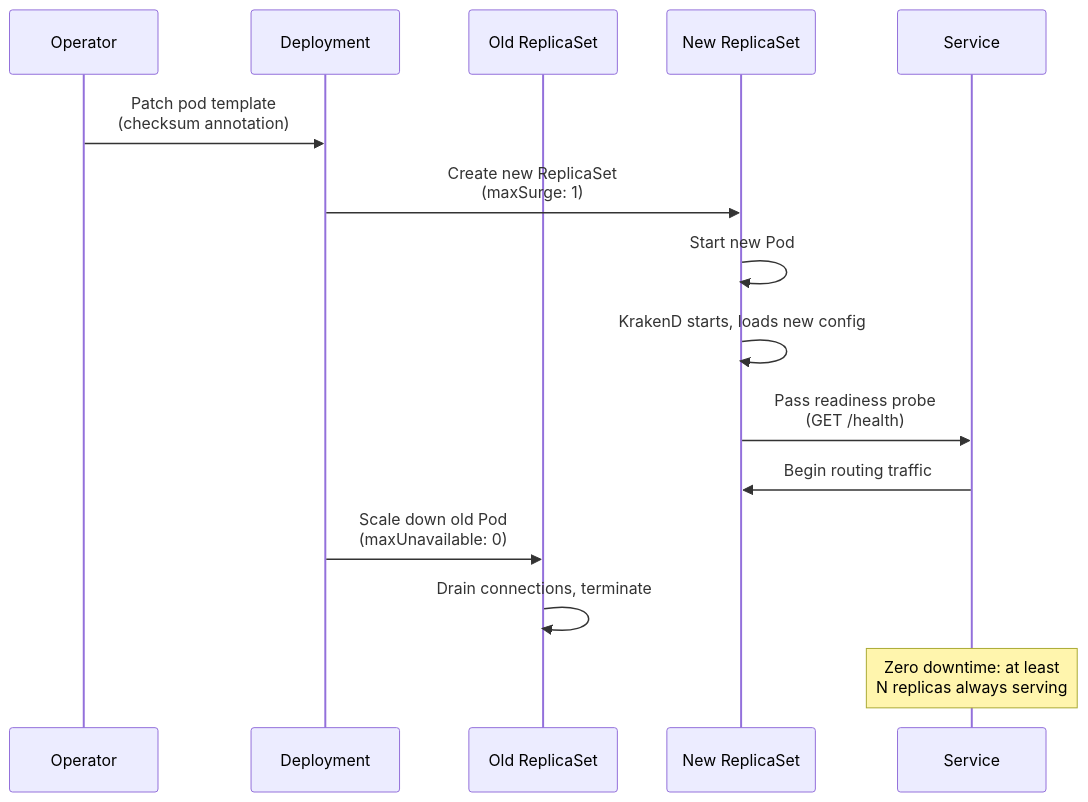
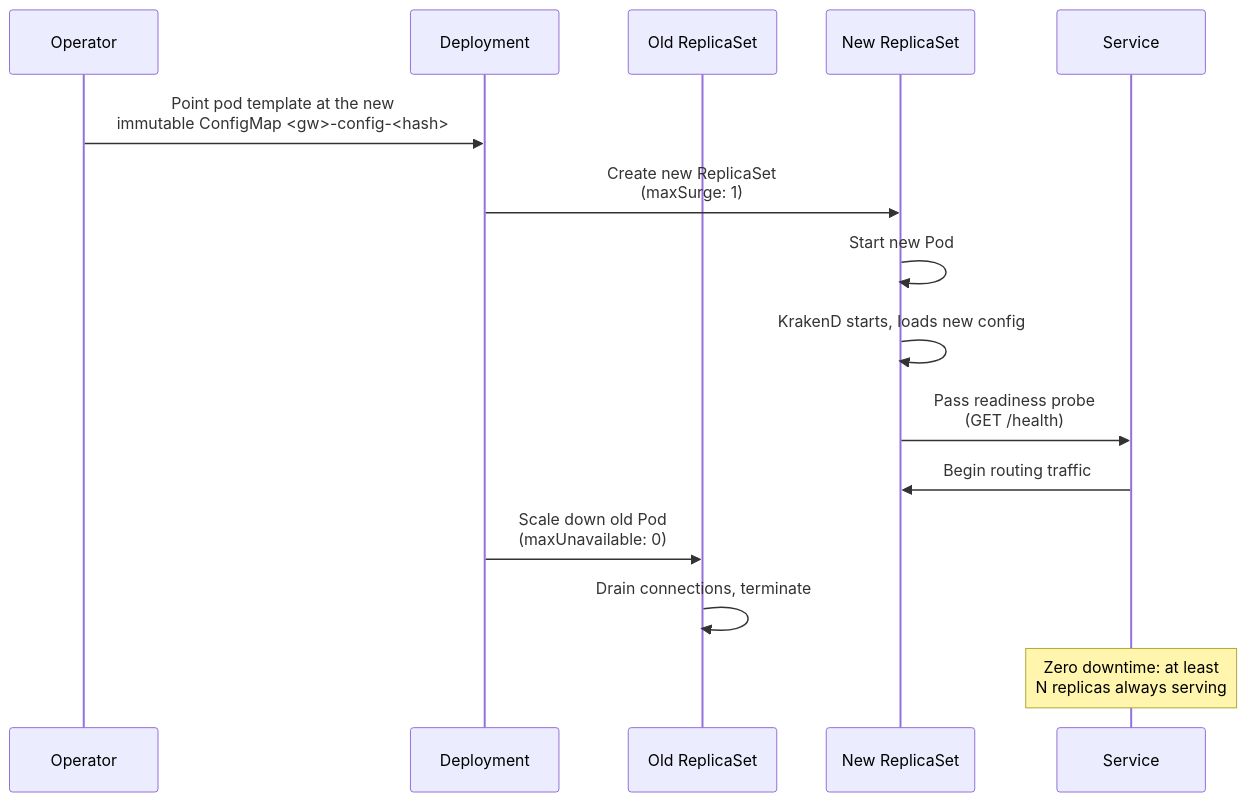
Before and after one commit to MyCarrier-DevOps/KrakenD-Operator: diagram 11 of 13 in architecture/README.md, drawn with Mermaid. The commit also changed other lines of this file, not shown here.

Commit message:
docs(architecture): describe mounting immutable ConfigMap per revision

````diff
--- a/architecture/README.md
+++ b/architecture/README.md
@@ -1454,19 +1454,19 @@
 ```mermaid
 sequenceDiagram
     participant Op as Operator
     participant Dep as Deployment
     participant RS1 as Old ReplicaSet
     participant RS2 as New ReplicaSet
     participant SVC as Service
 
-    Op->>Dep: Patch pod template<br/>(checksum annotation)
+    Op->>Dep: Point pod template at the new<br/>immutable ConfigMap <gw>-config-<hash>
     Dep->>RS2: Create new ReplicaSet<br/>(maxSurge: 1)
     RS2->>RS2: Start new Pod
     RS2->>RS2: KrakenD starts, loads new config
     RS2->>SVC: Pass readiness probe<br/>(GET /health)
     SVC->>RS2: Begin routing traffic
     Dep->>RS1: Scale down old Pod<br/>(maxUnavailable: 0)
     RS1->>RS1: Drain connections, terminate
 
     Note over SVC: Zero downtime: at least<br/>N replicas always serving
 ```
````
